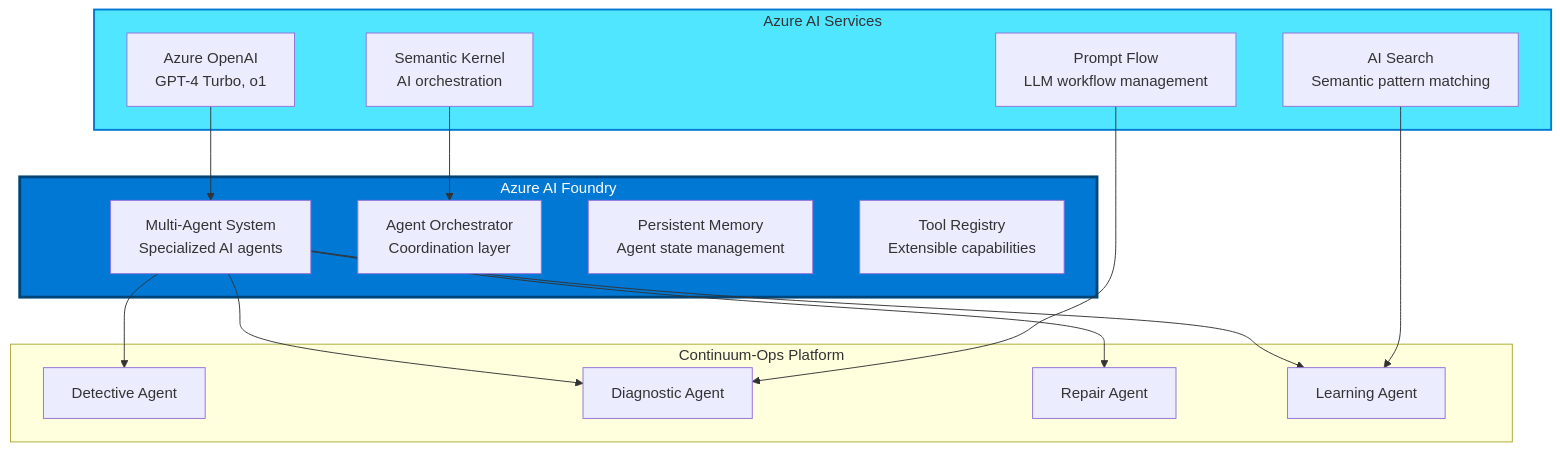
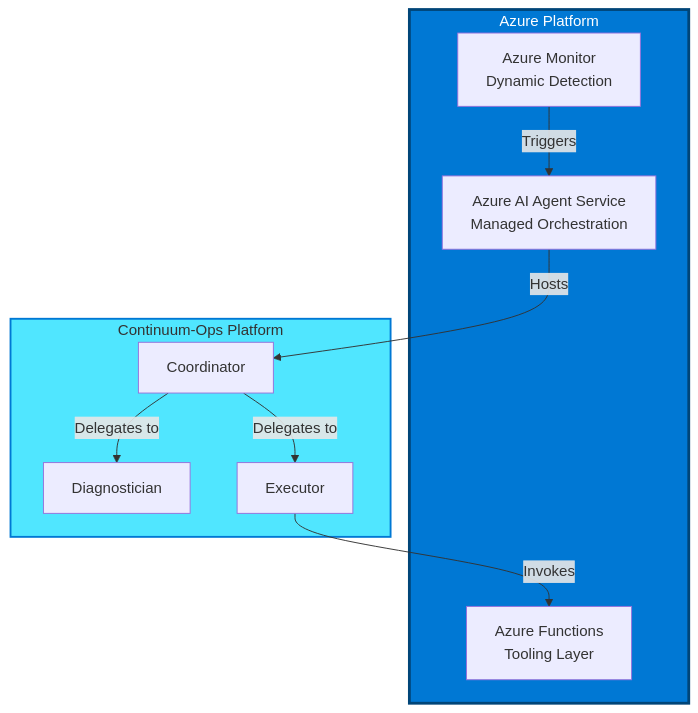
Before and after one commit to mayankgupta7673/Continuum-Ops: the second of 6 diagrams in docs/00-Product-Overview.md, drawn with Mermaid. The commit also changed other lines of this file and 8 other files, not shown here.

````diff
--- a/docs/00-Product-Overview.md
+++ b/docs/00-Product-Overview.md
@@ -78,36 +46,23 @@
 ```mermaid
 flowchart TB
-    subgraph AIFoundry[Azure AI Foundry]
-        AGENTS[Multi-Agent System<br/>Specialized AI agents]
-        ORCHESTRATOR[Agent Orchestrator<br/>Coordination layer]
-        MEMORY[Persistent Memory<br/>Agent state management]
-        TOOLS[Tool Registry<br/>Extensible capabilities]
-    end
-    
-    subgraph AzureAI[Azure AI Services]
-        OPENAI[Azure OpenAI<br/>GPT-4 Turbo, o1]
-        SEMANTICKERNEL[Semantic Kernel<br/>AI orchestration]
-        PROMPTFLOW[Prompt Flow<br/>LLM workflow management]
-        AISEARCH[AI Search<br/>Semantic pattern matching]
+    subgraph AzurePlatform[Azure Platform]
+        AZMON[Azure Monitor<br/>Dynamic Detection]
+        AGENT_SVC[Azure AI Agent Service<br/>Managed Orchestration]
+        FUNCTIONS[Azure Functions<br/>Tooling Layer]
     end
     
     subgraph OurPlatform[Continuum-Ops Platform]
-        DETECTIVE[Detective Agent]
-        DIAGNOSTIC[Diagnostic Agent]
-        REPAIR[Repair Agent]
-        LEARNING[Learning Agent]
+        COORD[Coordinator]
+        DIAGNOSTIC[Diagnostician]
+        REPAIR[Executor]
     end
     
-    AGENTS --> DETECTIVE
-    AGENTS --> DIAGNOSTIC
-    AGENTS --> REPAIR
-    AGENTS --> LEARNING
+    AZMON -->|Triggers| AGENT_SVC
+    AGENT_SVC -->|Hosts| COORD
+    COORD -->|Delegates to| DIAGNOSTIC
+    COORD -->|Delegates to| REPAIR
+    REPAIR -->|Invokes| FUNCTIONS
     
-    OPENAI --> AGENTS
-    SEMANTICKERNEL --> ORCHESTRATOR
-    PROMPTFLOW --> DIAGNOSTIC
-    AISEARCH --> LEARNING
-    
-    style AIFoundry fill:#0078d4,stroke:#004578,stroke-width:3px,color:#fff
-    style AzureAI fill:#50e6ff,stroke:#0078d4,stroke-width:2px
+    style AzurePlatform fill:#0078d4,stroke:#004578,stroke-width:3px,color:#fff
+    style OurPlatform fill:#50e6ff,stroke:#0078d4,stroke-width:2px
 ```
````
